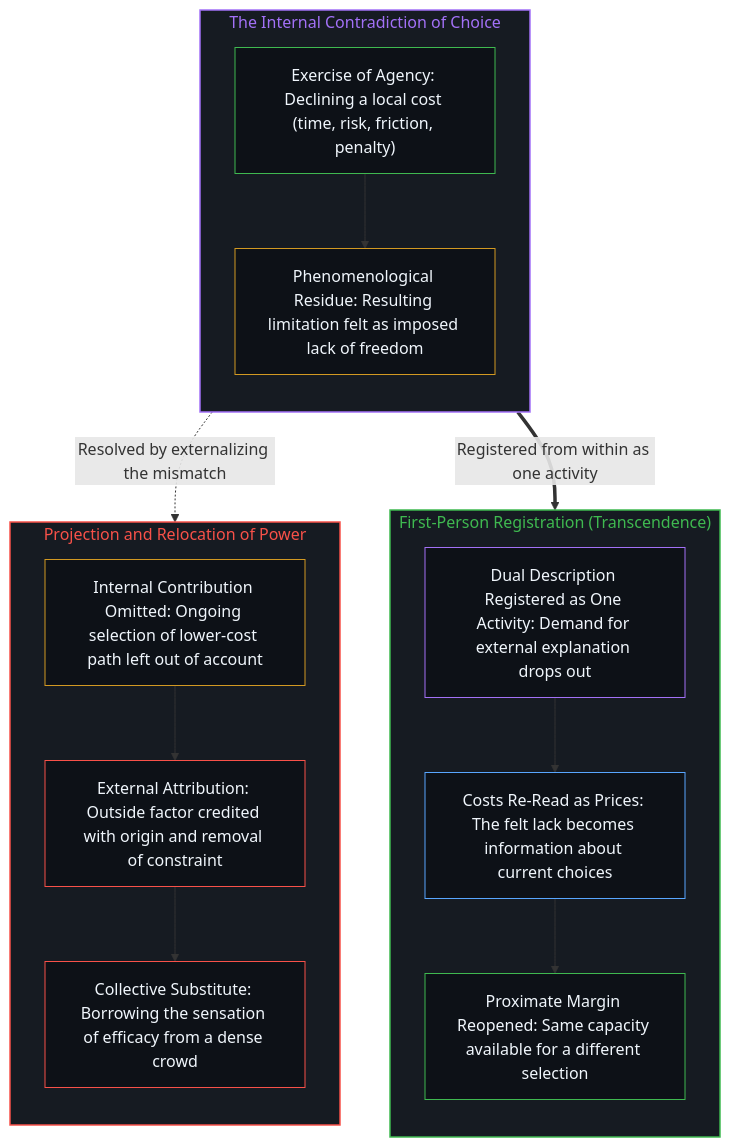
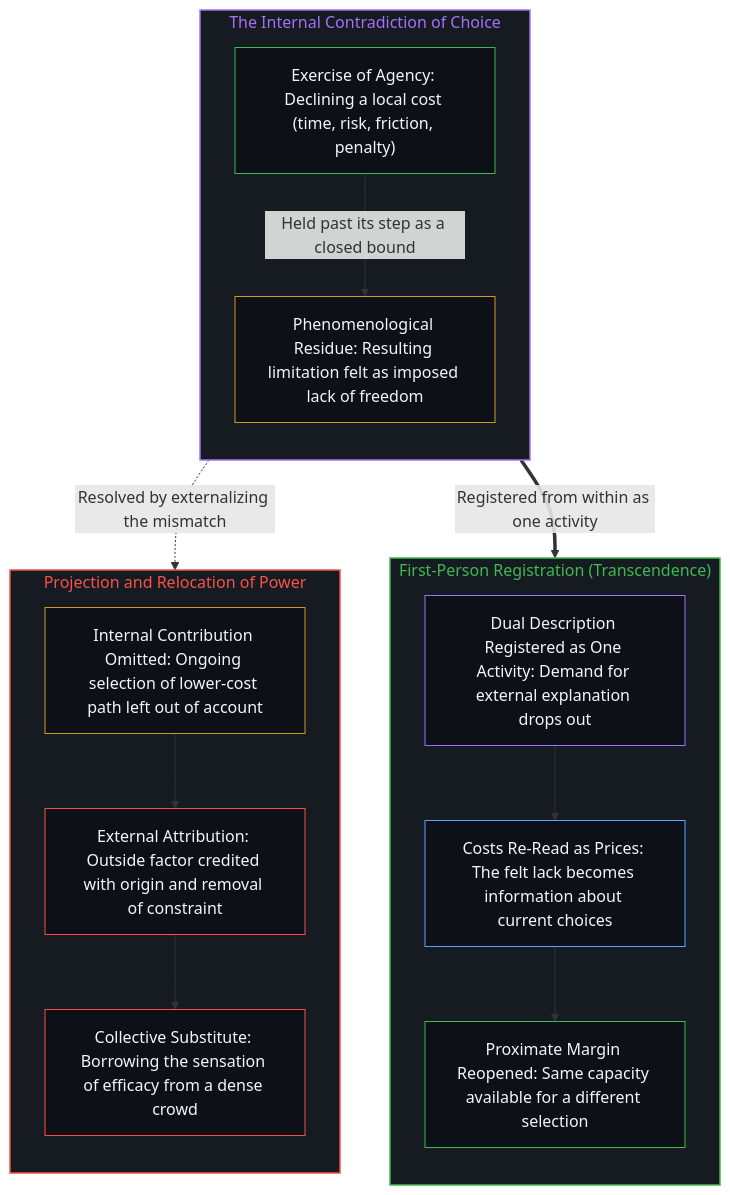
One commit to powerpig99/not-a-toe changed the second of 4 diagrams in content/posts/agency-contradiction-and-the-relocation-of-power.md. Above: the diagram before and after it, drawn with Mermaid. The commit also changed other lines of this file and 3 other files, not shown here.

````diff
--- a/content/posts/agency-contradiction-and-the-relocation-of-power.md
+++ b/content/posts/agency-contradiction-and-the-relocation-of-power.md
@@ -70,36 +70,36 @@
 ```mermaid
 flowchart TD
     subgraph S_Act["The Internal Contradiction of Choice"]
         direction TB
         Refuse["Exercise of Agency: Declining a local cost (time, risk, friction, penalty)"]
         Mismatch["Phenomenological Residue: Resulting limitation felt as imposed lack of freedom"]
-        Refuse --> Mismatch
+        Refuse -->|"Held past its step as a closed bound"| Mismatch
     end
     subgraph S_Trans["First-Person Registration (Transcendence)"]
         direction TB
         Dual["Dual Description Registered as One Activity: Demand for external explanation drops out"]
         Price["Costs Re-Read as Prices: The felt lack becomes information about current choices"]
         Margin["Proximate Margin Reopened: Same capacity available for a different selection"]
         Dual --> Price --> Margin
     end
     subgraph S_Reloc["Projection and Relocation of Power"]
         direction TB
         Omit["Internal Contribution Omitted: Ongoing selection of lower-cost path left out of account"]
         Ext["External Attribution: Outside factor credited with origin and removal of constraint"]
         Crowd["Collective Substitute: Borrowing the sensation of efficacy from a dense crowd"]
         Omit --> Ext --> Crowd
     end
     Mismatch ==>|"Registered from within as one activity"| Dual
     Mismatch -.->|"Resolved by externalizing the mismatch"| Omit
     style S_Act fill:#161b22,stroke:#a371f7,stroke-width:1.5px,color:#a371f7
     style S_Trans fill:#161b22,stroke:#3fb950,stroke-width:1.5px,color:#3fb950
     style S_Reloc fill:#161b22,stroke:#f85149,stroke-width:1.5px,color:#f85149
     style Refuse fill:#0d1117,stroke:#3fb950,stroke-width:1px,color:#f0f6fc
     style Mismatch fill:#0d1117,stroke:#d29922,stroke-width:1px,color:#f0f6fc
     style Dual fill:#0d1117,stroke:#a371f7,stroke-width:1px,color:#f0f6fc
     style Price fill:#0d1117,stroke:#58a6ff,stroke-width:1px,color:#f0f6fc
     style Margin fill:#0d1117,stroke:#3fb950,stroke-width:1px,color:#f0f6fc
     style Omit fill:#0d1117,stroke:#d29922,stroke-width:1px,color:#f0f6fc
     style Ext fill:#0d1117,stroke:#f85149,stroke-width:1px,color:#f0f6fc
     style Crowd fill:#0d1117,stroke:#f85149,stroke-width:1px,color:#f0f6fc
 ```
````
